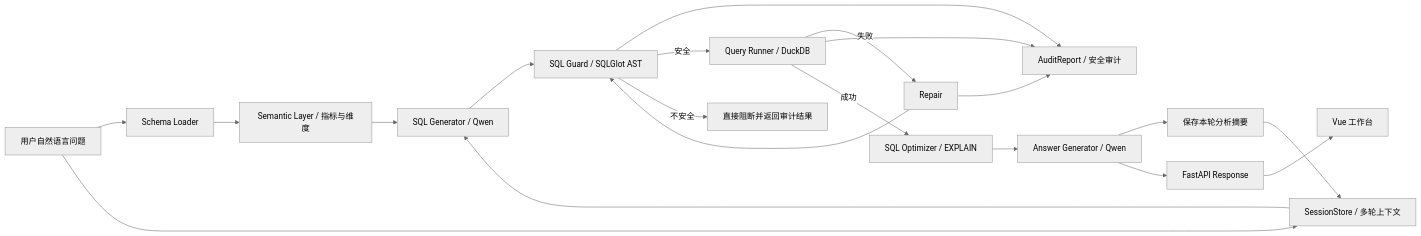
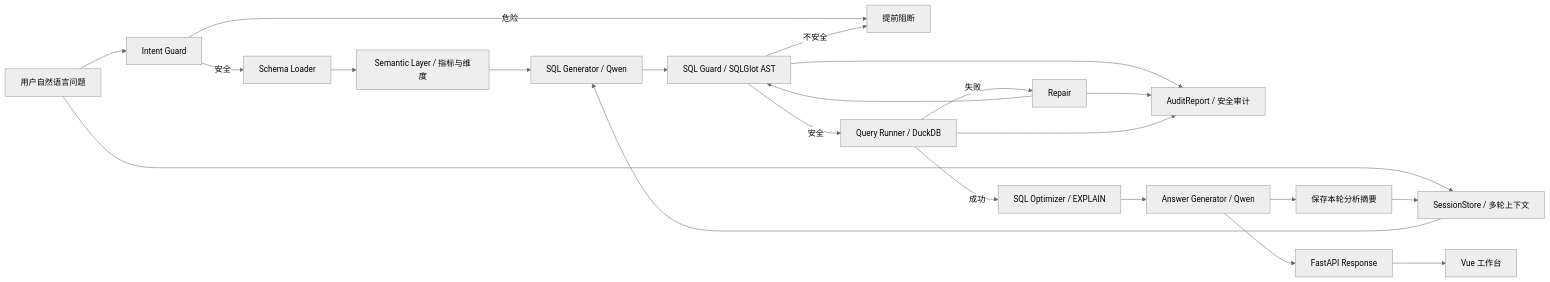
Before and after one commit to DKY0717/data_analyst_agent: the diagram in README.md, drawn with Mermaid (neutral theme). The commit also changed other lines of this file and 10 other files, not shown here.

Commit message:
docs: complete v0.4 intent guard rollout

````diff
--- a/README.md
+++ b/README.md
@@ -34,22 +35,24 @@
 ```mermaid
 flowchart LR
-    Q[用户自然语言问题] --> S[Schema Loader]
+    Q[用户自然语言问题] --> Intent[Intent Guard]
+    Intent -->|安全| S[Schema Loader]
+    Intent -->|危险| End[提前阻断]
     Q --> Ctx[SessionStore / 多轮上下文]
     S --> Sem[Semantic Layer / 指标与维度]
     Ctx --> G[SQL Generator / Qwen]
     Sem --> G
     G --> Guard[SQL Guard / SQLGlot AST]
     Guard --> Audit[AuditReport / 安全审计]
     Guard -->|安全| Exec[Query Runner / DuckDB]
-    Guard -->|不安全| End[直接阻断并返回审计结果]
+    Guard -->|不安全| End
     Exec -->|失败| Repair
     Repair --> Guard
     Repair --> Audit
     Exec --> Audit
     Exec -->|成功| Opt[SQL Optimizer / EXPLAIN]
     Opt --> Ans[Answer Generator / Qwen]
     Ans --> Save[保存本轮分析摘要]
     Save --> Ctx
     Ans --> API[FastAPI Response]
     API --> UI[Vue 工作台]
 ```
````
